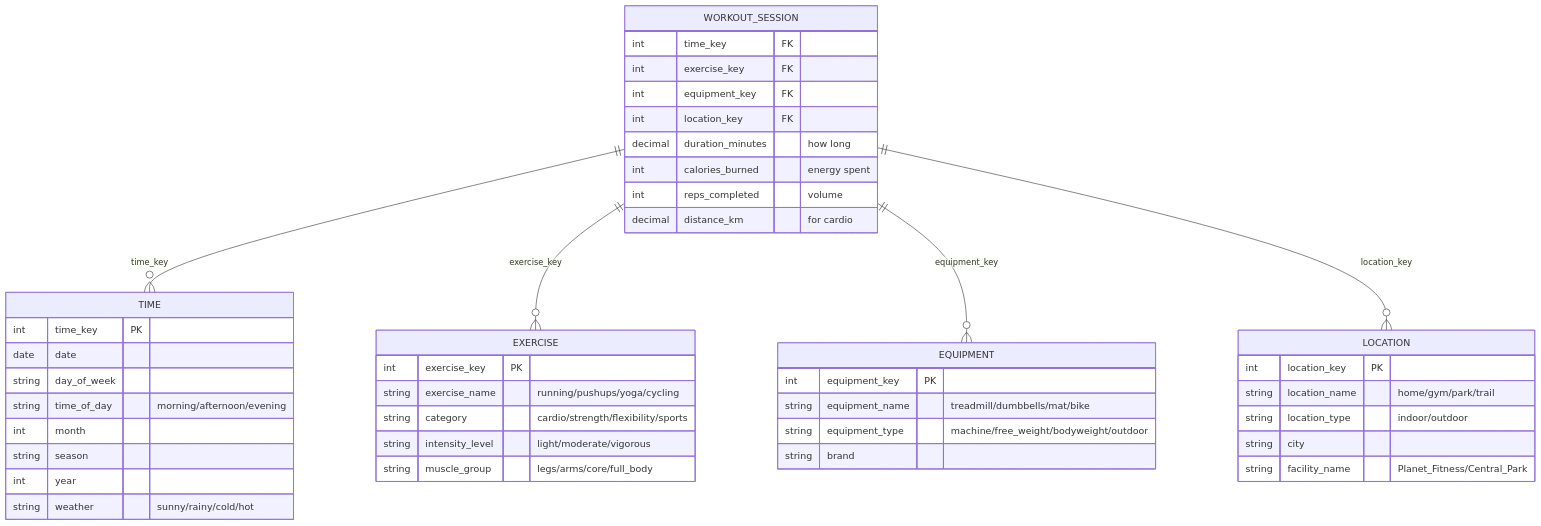
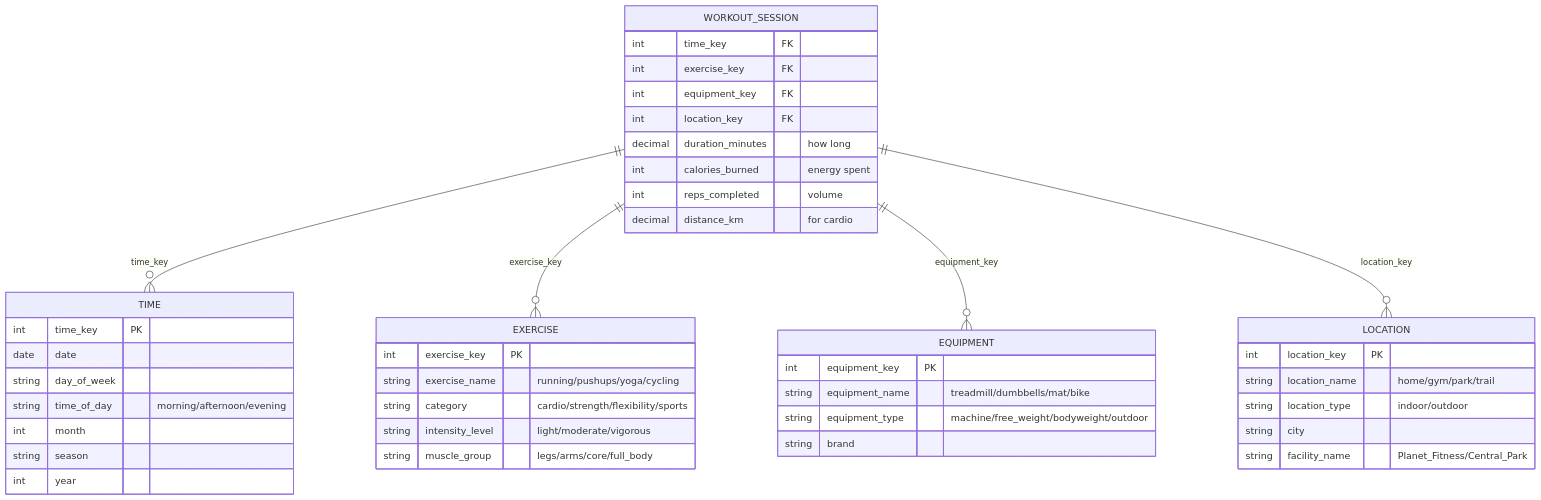
Before and after one commit to michaelnguyen-creative/MultidimensionalDataResearch: the diagram in fitness_tracker_dimfact.mmd, drawn with Mermaid.

```diff
--- a/fitness_tracker_dimfact.mmd
+++ b/fitness_tracker_dimfact.mmd
@@ -1,50 +1,44 @@
 erDiagram
     WORKOUT_SESSION ||--o{ TIME : "time_key"
     WORKOUT_SESSION ||--o{ EXERCISE : "exercise_key"
     WORKOUT_SESSION ||--o{ EQUIPMENT : "equipment_key"
     WORKOUT_SESSION ||--o{ LOCATION : "location_key"
-    
     WORKOUT_SESSION {
         int time_key FK
         int exercise_key FK
         int equipment_key FK
         int location_key FK
         decimal duration_minutes "how long"
         int calories_burned "energy spent"
         int reps_completed "volume"
         decimal distance_km "for cardio"
     }
-    
     TIME {
         int time_key PK
         date date
         string day_of_week
         string time_of_day "morning/afternoon/evening"
         int month
         string season
         int year
-        string weather "sunny/rainy/cold/hot"
     }
-    
     EXERCISE {
         int exercise_key PK
         string exercise_name "running/pushups/yoga/cycling"
         string category "cardio/strength/flexibility/sports"
         string intensity_level "light/moderate/vigorous"
         string muscle_group "legs/arms/core/full_body"
     }
-    
     EQUIPMENT {
         int equipment_key PK
         string equipment_name "treadmill/dumbbells/mat/bike"
         string equipment_type "machine/free_weight/bodyweight/outdoor"
         string brand
     }
-    
     LOCATION {
         int location_key PK
         string location_name "home/gym/park/trail"
         string location_type "indoor/outdoor"
         string city
         string facility_name "Planet_Fitness/Central_Park"
     }
```
